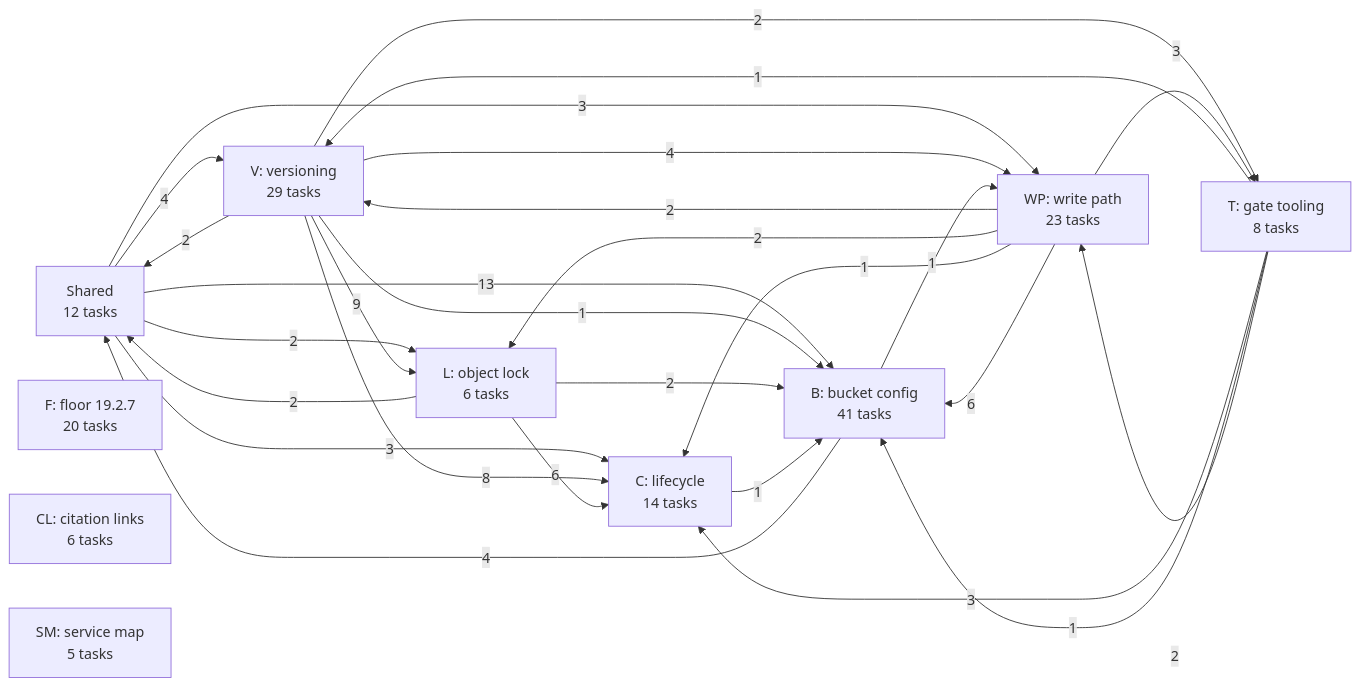
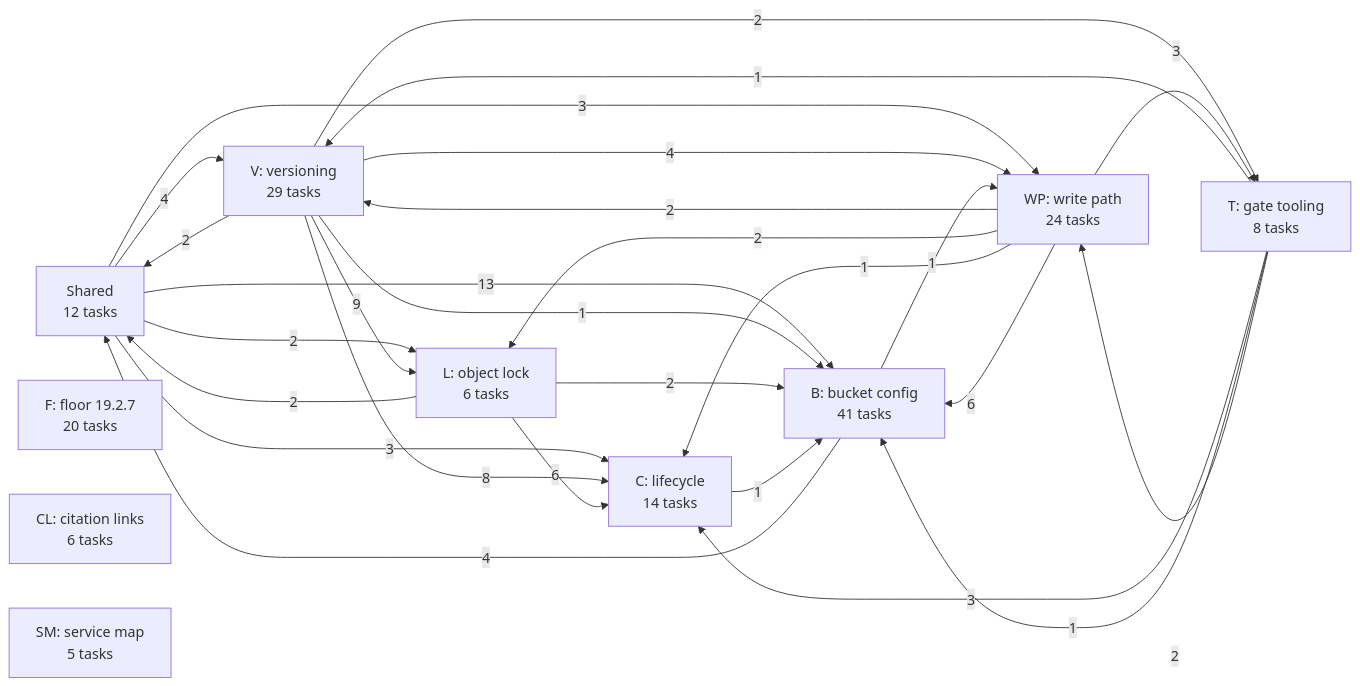
One commit to jhoblitt/rgw-go changed the first of 11 diagrams in docs/superpowers/plans/2026-10-13-phase-2/dependencies.md. Above: the diagram before and after it, drawn with Mermaid. The commit also changed other lines of this file and 2 other files, not shown here.

````diff
--- a/docs/superpowers/plans/2026-10-13-phase-2/dependencies.md
+++ b/docs/superpowers/plans/2026-10-13-phase-2/dependencies.md
@@ -13,39 +13,39 @@
 ```mermaid
 flowchart LR
   u_S["Shared<br/>12 tasks"]
   u_F["F: floor 19.2.7<br/>20 tasks"]
   u_V["V: versioning<br/>29 tasks"]
   u_L["L: object lock<br/>6 tasks"]
   u_C["C: lifecycle<br/>14 tasks"]
   u_B["B: bucket config<br/>41 tasks"]
-  u_WP["WP: write path<br/>23 tasks"]
+  u_WP["WP: write path<br/>24 tasks"]
   u_T["T: gate tooling<br/>8 tasks"]
   u_CL["CL: citation links<br/>6 tasks"]
   u_SM["SM: service map<br/>5 tasks"]
   u_S -->|4| u_V
   u_S -->|2| u_L
   u_S -->|3| u_C
   u_S -->|13| u_B
   u_S -->|3| u_WP
   u_V -->|2| u_S
   u_V -->|9| u_L
   u_V -->|8| u_C
   u_V -->|1| u_B
   u_V -->|4| u_WP
   u_V -->|2| u_T
   u_L -->|6| u_C
   u_L -->|2| u_B
   u_L -->|2| u_S
   u_C -->|1| u_B
   u_B -->|4| u_S
   u_B -->|1| u_WP
   u_WP -->|2| u_V
   u_WP -->|2| u_L
   u_WP -->|1| u_C
   u_WP -->|6| u_B
   u_WP -->|3| u_T
   u_T -->|1| u_V
   u_T -->|3| u_C
   u_T -->|1| u_B
   u_T -->|2| u_WP
 ```
````
